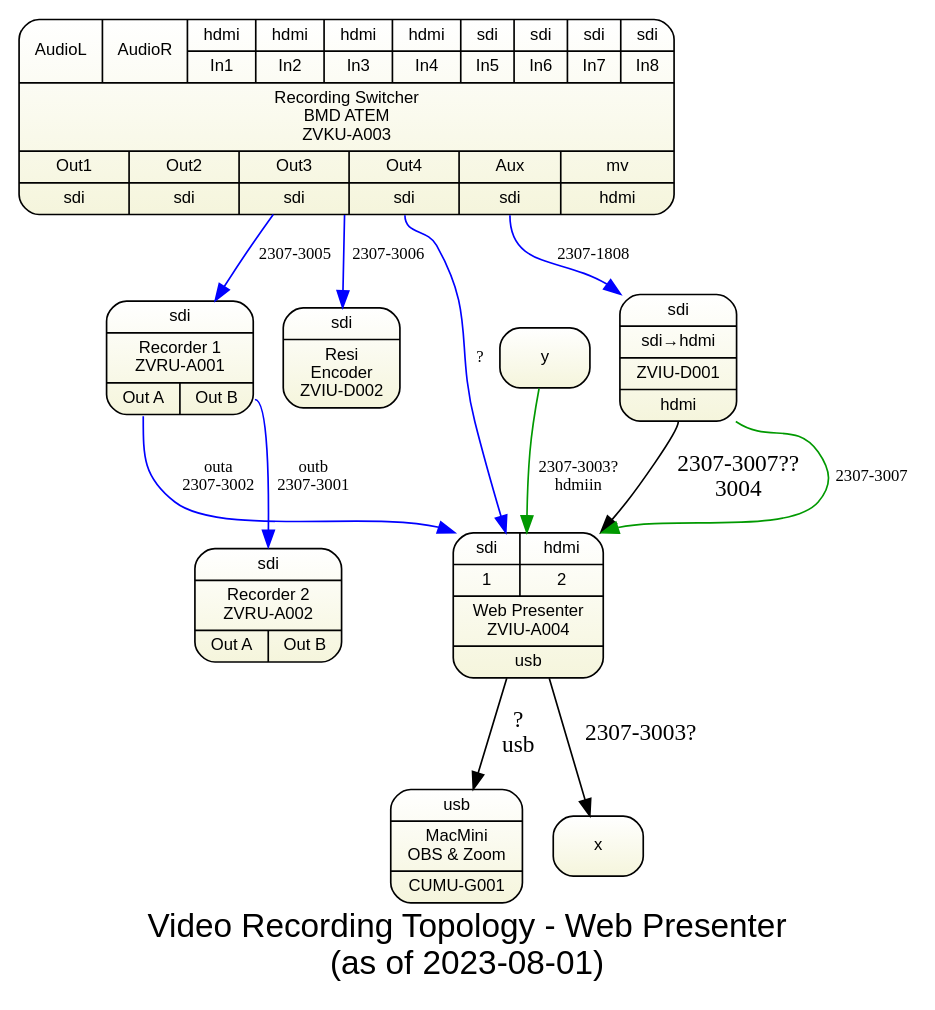
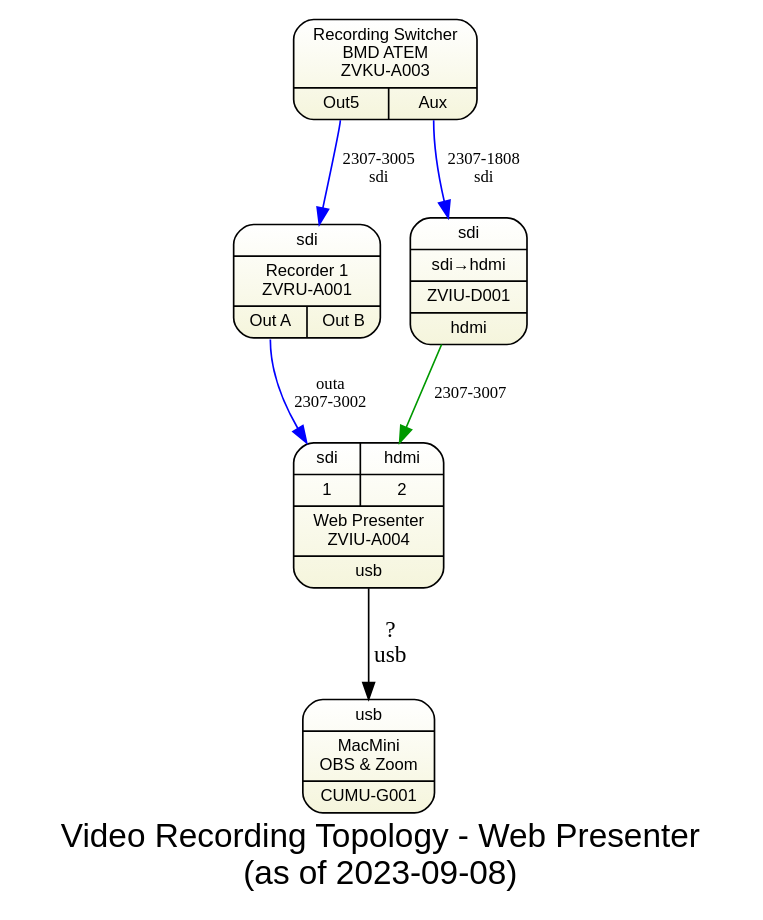
One commit to avmaint/uactechdoc changed the diagram in gv/sdv-topology6-rec-wp.gv. Above: the diagram before and after it, drawn with Graphviz. The commit also changed 5 other files, not shown here.

Commit message:
updated diagrams and intra-doc consistency

```diff
--- a/gv/sdv-topology6-rec-wp.gv
+++ b/gv/sdv-topology6-rec-wp.gv
@@ -1,59 +1,40 @@
-digraph VideoRecording { 
+digraph WebPresenter { 
   
 graph [overlap = true, fontsize = 20, 
-      label="Video Recording Topology - Web Presenter\n(as of 2023-08-01)",
+      label="Video Recording Topology - Web Presenter\n(as of 2023-09-08)",
       fontname = Helvetica, bgcolor=white
       ]
  
 node [shape = Mrecord style=filled , fillcolor="white:beige"  , fontsize = 10,
       gradientangle=270 fontname = Helvetica ]
       
 zvkua003 [
   tooltip="BMD ATEM Television Studio Pro HD"
-
-  label="{
-    {{<al>AudioL}|{<ar>AudioR}|
-      {<i1>hdmi|In1}|{<i2>hdmi|In2}|{<i3>hdmi|In3}|{<i4>hdmi|In4}
-      |{<i5>sdi|In5}|{<i6>sdi|In6}|{<i7>sdi|In7}|{<i8>sdi|In8}}
-      |Recording Switcher\nBMD ATEM\nZVKU-A003|
-      {{Out1|<o1>sdi}|{Out2|<o2>sdi}|{Out3|<o3>sdi}|{Out4|<o4>sdi}|{Aux|<aux>sdi}|{mv|<mv>hdmi}}
+  label="{ Recording Switcher\nBMD ATEM\nZVKU-A003|
+      { {<o5>Out5 }| {<aux>Aux }  }
     }"
 ]
 
 zviua004 [label="{{{<i1>sdi|1 }|{<i2>hdmi|2} }|{Web Presenter \n ZVIU-A004}|{<usb>usb}}"]
 
 zvrua001 [label="{{ {<in>sdi }}|{Recorder 1\nZVRU-A001}|{{<outa>Out A}|{<outb>Out B}}}"]
 
-zvrua002 [label="{{ {<in>sdi }}|{Recorder 2\nZVRU-A002}|{{<outa>Out A}|{<outb>Out B}}}"]
-
 cumug001 [label="{<usb>usb|MacMini\nOBS & Zoom|CUMU-G001}"]
  
 zviud001 [label="{<i>sdi|sdi→hdmi|ZVIU-D001|<o>hdmi}"]
 
-zviud002 [label="{<i>sdi|Resi\nEncoder\nZVIU-D002}"]
-
-
-zviud001:o   -> zviua004:hdmi [label="2307-3007??\n3004"]
- 
 zviua004 -> cumug001 [label="?\nusb"]
 
 subgraph sdi_cables { 
 	edge [style="solid", color="blue" fontsize="10pt"]
-zvrua001:outb -> zvrua002:in [label="outb\n2307-3001"]
-zvrua001:outa -> zviua004:sdi [label="outa\n2307-3002"]
-zvkua003:o4   -> zviua004:sdi [label="?"]
-
-zvkua003:aux  -> zviud001:sdi [label="2307-1808" ]
-zvkua003:out5 -> zvrua001:sdi [label="2307-3005"]
-zvkua003:out6 -> zviud002:sdi [label="2307-3006"]
+	zvrua001:outa -> zviua004:sdi [label="outa\n2307-3002"]
+	zvkua003:aux  -> zviud001:sdi [label="2307-1808\nsdi" ]
+	zvkua003:o5 -> zvrua001:sdi [label="2307-3005\nsdi"]
 }
 
 subgraph hdmi_edges {
 	edge [style=solid, color="#009900", fontsize="10pt" ]
-zviud001:hdmi -> zviua004:hdmi [label="2307-3007"]
-y ->  zviua004 [label="2307-3003?\nhdmiin"]
+	zviud001:hdmi -> zviua004:hdmi [label="2307-3007"]
 }
 
-zviua004 -> x [label="2307-3003?"] 
-
 } 
```
